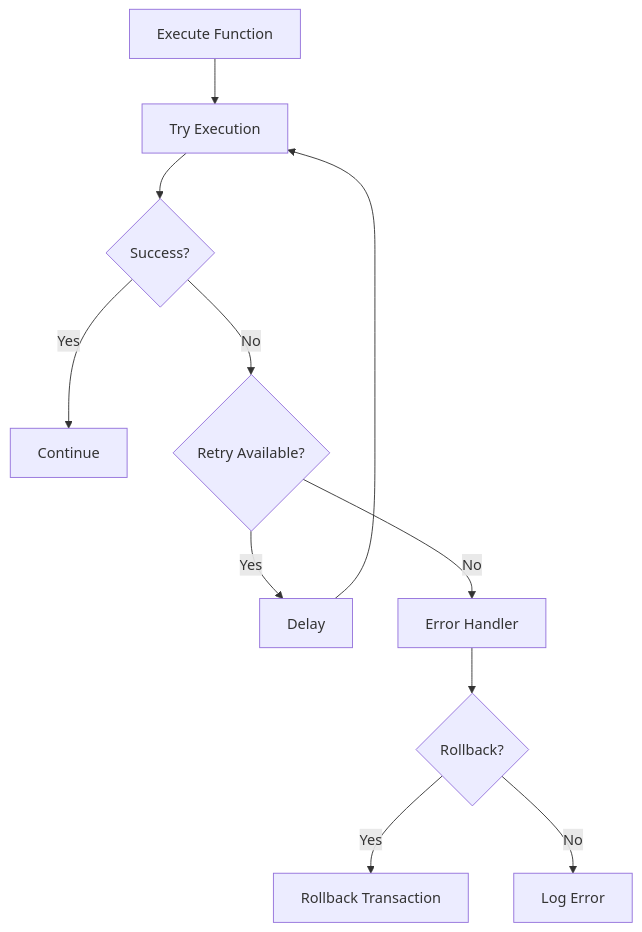
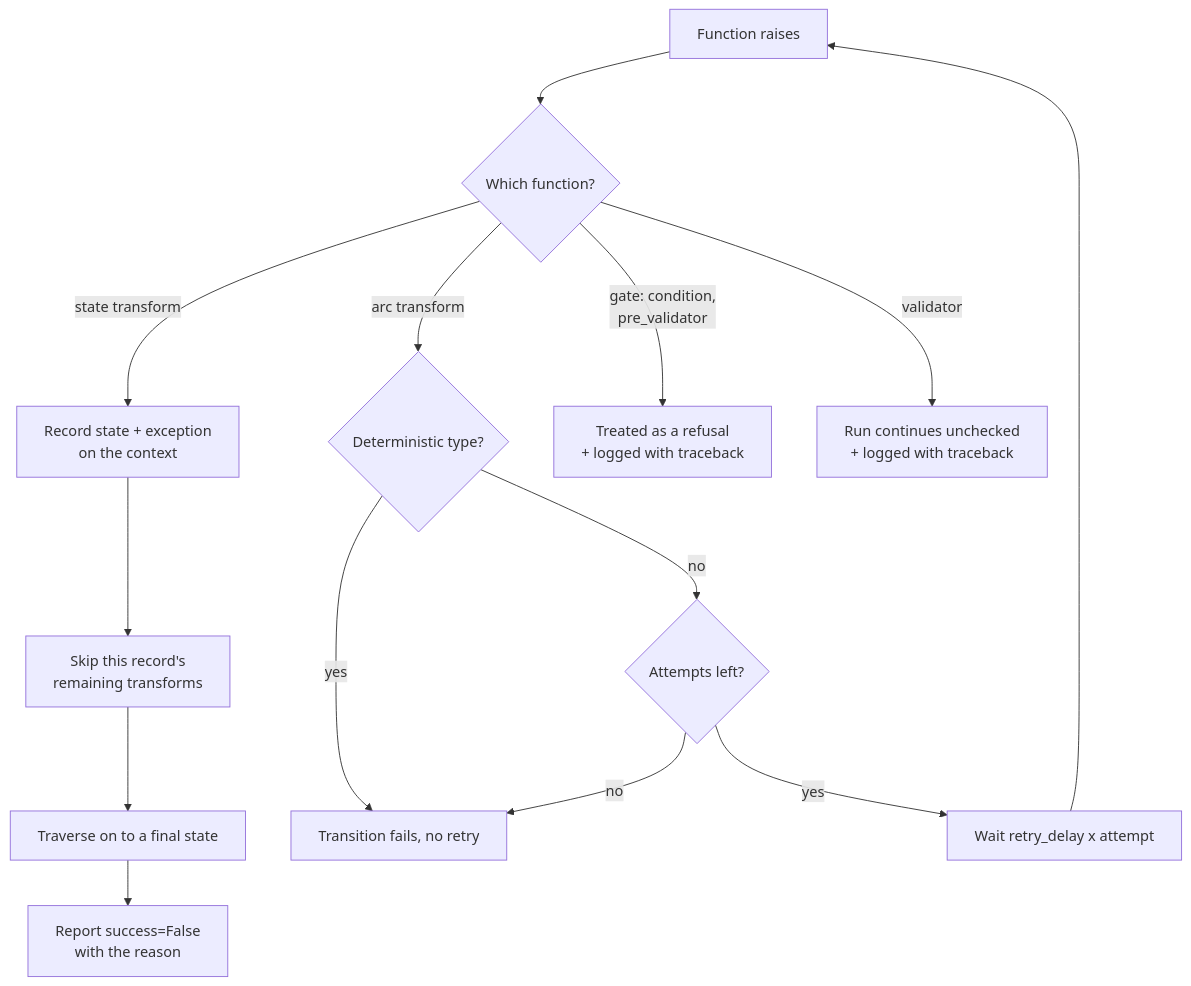
Before and after one commit to KBS-Labs/dataknobs: diagram 17 of 18 in packages/fsm/docs/fsm-processing-flow.md, drawn with Mermaid. The commit also changed other lines of this file and 132 other files, not shown here.

````diff
--- a/packages/fsm/docs/fsm-processing-flow.md
+++ b/packages/fsm/docs/fsm-processing-flow.md
@@ -1528,13 +1581,16 @@
 ```mermaid
 flowchart TD
-    Exec[Execute Function] --> Try[Try Execution]
-    Try --> Success{Success?}
-    Success -->|Yes| Continue[Continue]
-    Success -->|No| Retry{Retry Available?}
-    Retry -->|Yes| Delay[Delay]
-    Delay --> Try
-    Retry -->|No| HandleError[Error Handler]
-    HandleError --> Rollback{Rollback?}
-    Rollback -->|Yes| RollbackTx[Rollback Transaction]
-    Rollback -->|No| LogError[Log Error]
+    Exec[Function raises] --> Kind{Which function?}
+    Kind -->|state transform| Record[Record state + exception<br/>on the context]
+    Record --> Skip[Skip this record's<br/>remaining transforms]
+    Skip --> Traverse[Traverse on to a final state]
+    Traverse --> Fail[Report success=False<br/>with the reason]
+    Kind -->|arc transform| Deterministic{Deterministic type?}
+    Deterministic -->|yes| NoArc[Transition fails, no retry]
+    Deterministic -->|no| Retry{Attempts left?}
+    Retry -->|yes| Delay[Wait retry_delay x attempt]
+    Delay --> Exec
+    Retry -->|no| NoArc
+    Kind -->|gate: condition,<br/>pre_validator| Declined[Treated as a refusal<br/>+ logged with traceback]
+    Kind -->|validator| Continue[Run continues unchecked<br/>+ logged with traceback]
 ```
````
